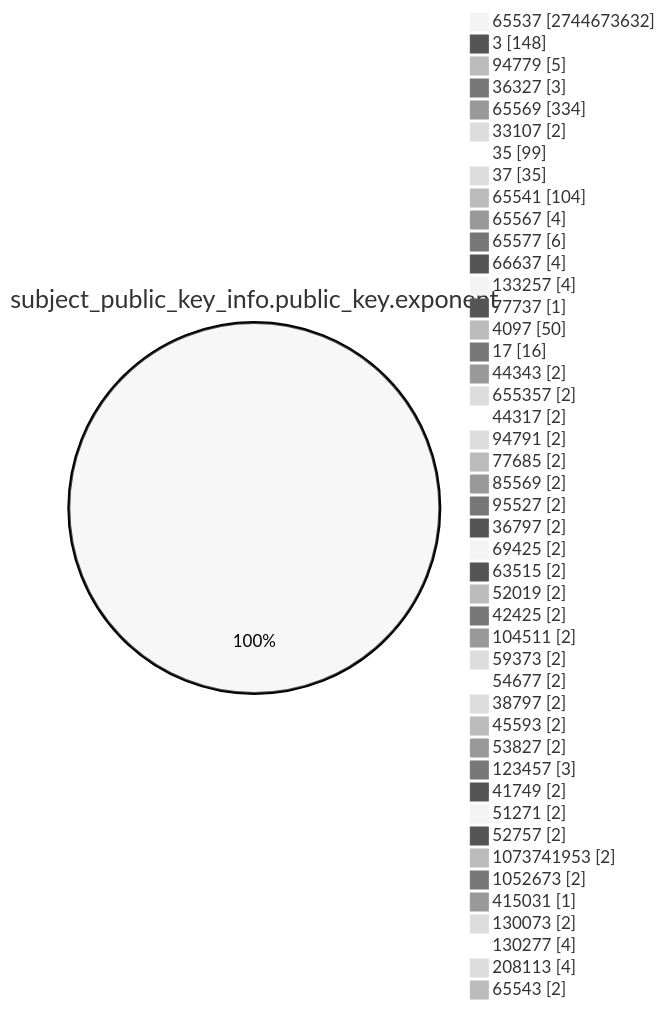
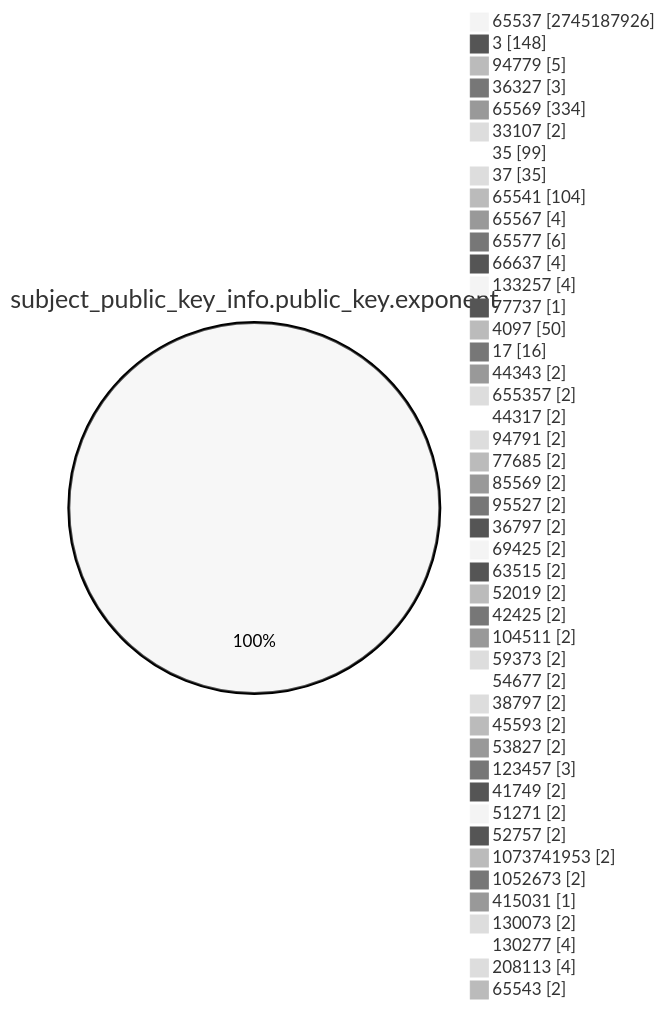
The fourth of 15 diagrams in TOTAL/README.md (christiankrug/ctmonitor_visualization), drawn with Mermaid (neutral theme) before and after one commit. The commit also changed other lines of this file, not shown here.

````diff
--- a/TOTAL/README.md
+++ b/TOTAL/README.md
@@ -1467,49 +1467,49 @@
 ```mermaid
 pie showData
 title subject_public_key_info.public_key.exponent
-"65537" :2744673632
+"65537" :2745187926
 "3" :148
 "94779" :5
 "36327" :3
 "65569" :334
 "33107" :2
 "35" :99
 "37" :35
 "65541" :104
 "65567" :4
 "65577" :6
 "66637" :4
 "133257" :4
 "77737" :1
 "4097" :50
 "17" :16
 "44343" :2
 "655357" :2
 "44317" :2
 "94791" :2
 "77685" :2
 "85569" :2
 "95527" :2
 "36797" :2
 "69425" :2
 "63515" :2
 "52019" :2
 "42425" :2
 "104511" :2
 "59373" :2
 "54677" :2
 "38797" :2
 "45593" :2
 "53827" :2
 "123457" :3
 "41749" :2
 "51271" :2
 "52757" :2
 "1073741953" :2
 "1052673" :2
 "415031" :1
 "130073" :2
 "130277" :4
 "208113" :4
 "65543" :2
 ```
````
